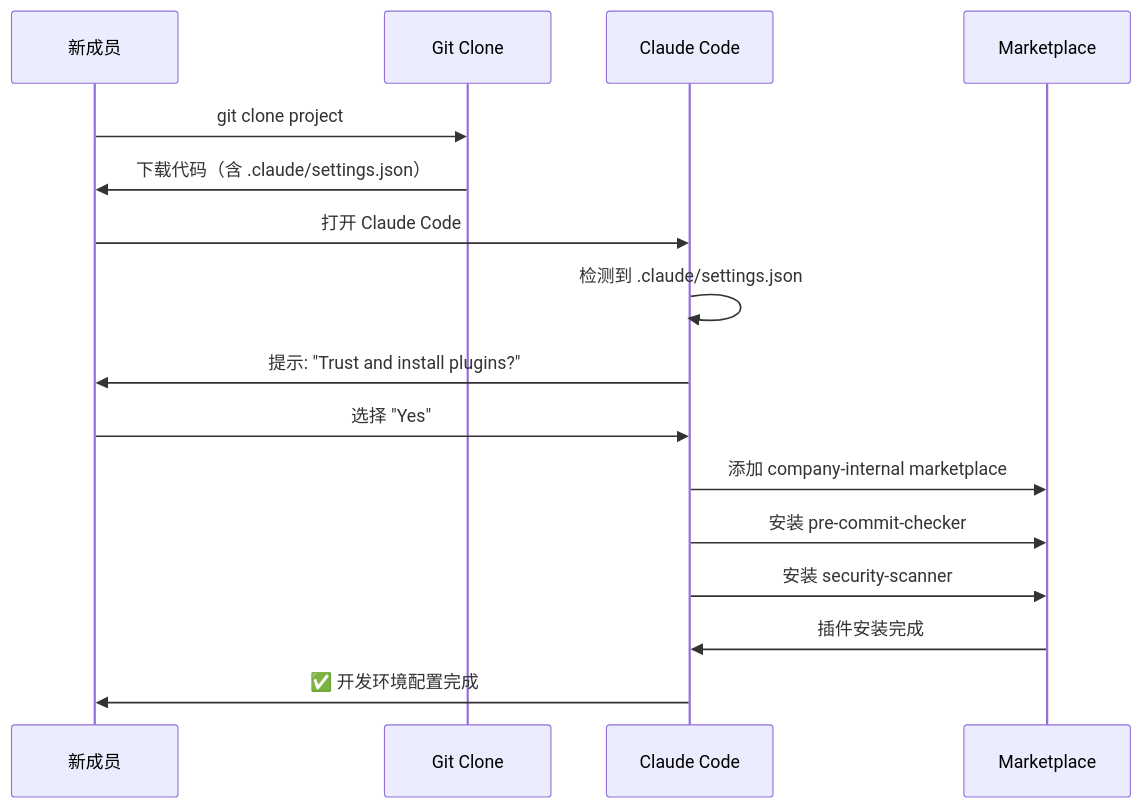
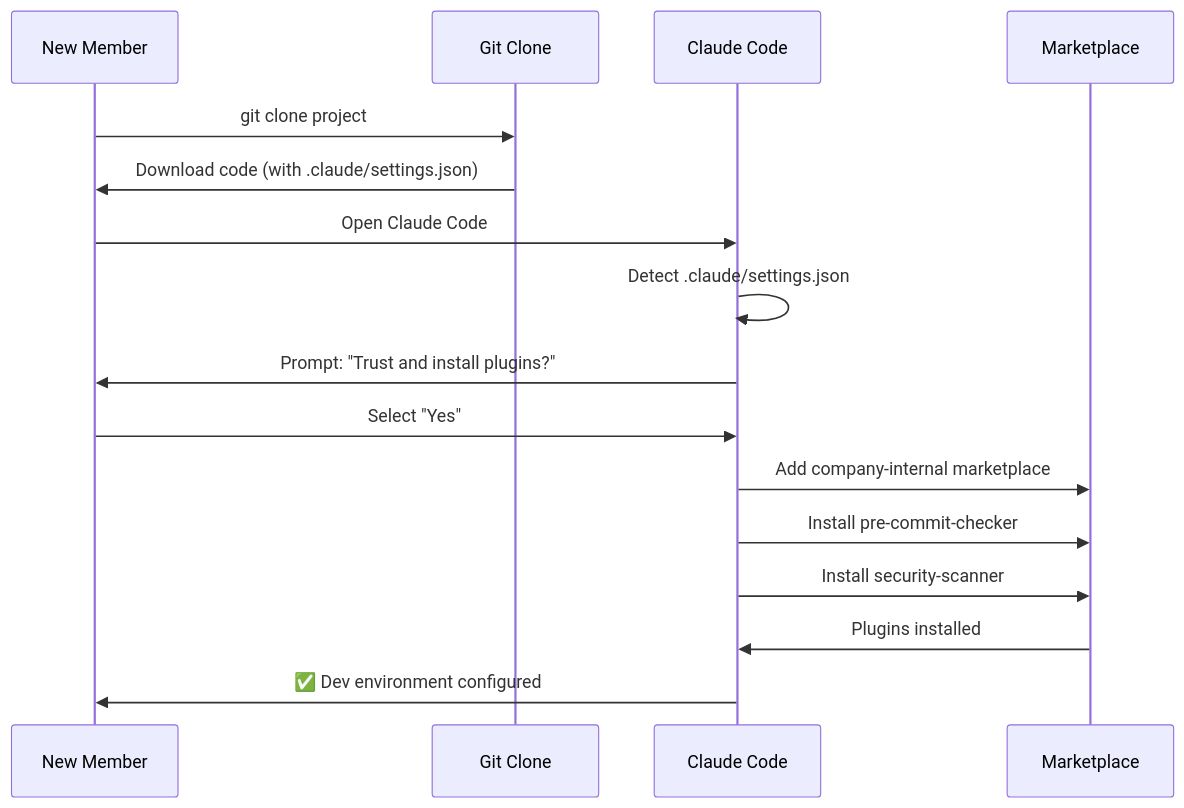
Before and after one commit to robinmin/surfing: the third of 3 diagrams in contents/articles/cn/claude_code_plugins_02.md, drawn with Mermaid. The commit also changed other lines of this file and 1 other file, not shown here.

Commit message:
doc: add review revise on contents/articles/cn/claude_code_plugins_02.md

````diff
--- a/contents/articles/cn/claude_code_plugins_02.md
+++ b/contents/articles/cn/claude_code_plugins_02.md
@@ -1771,23 +2182,23 @@
 ```mermaid
 sequenceDiagram
-    participant D as 新成员
+    participant D as New Member
     participant G as Git Clone
     participant C as Claude Code
     participant M as Marketplace
 
     D->>G: git clone project
-    G->>D: 下载代码（含 .claude/settings.json）
+    G->>D: Download code (with .claude/settings.json)
 
-    D->>C: 打开 Claude Code
-    C->>C: 检测到 .claude/settings.json
+    D->>C: Open Claude Code
+    C->>C: Detect .claude/settings.json
 
-    C->>D: 提示: "Trust and install plugins?"
-    D->>C: 选择 "Yes"
+    C->>D: Prompt: "Trust and install plugins?"
+    D->>C: Select "Yes"
 
-    C->>M: 添加 company-internal marketplace
-    C->>M: 安装 pre-commit-checker
-    C->>M: 安装 security-scanner
+    C->>M: Add company-internal marketplace
+    C->>M: Install pre-commit-checker
+    C->>M: Install security-scanner
 
-    M->>C: 插件安装完成
-    C->>D: ✅ 开发环境配置完成
+    M->>C: Plugins installed
+    C->>D: ✅ Dev environment configured
 ```
````
